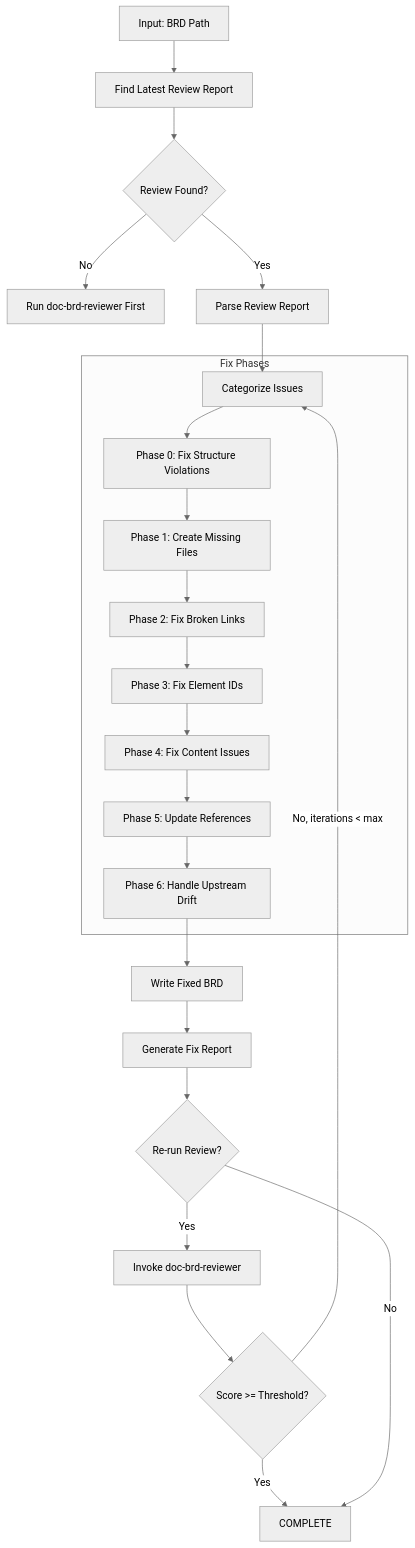
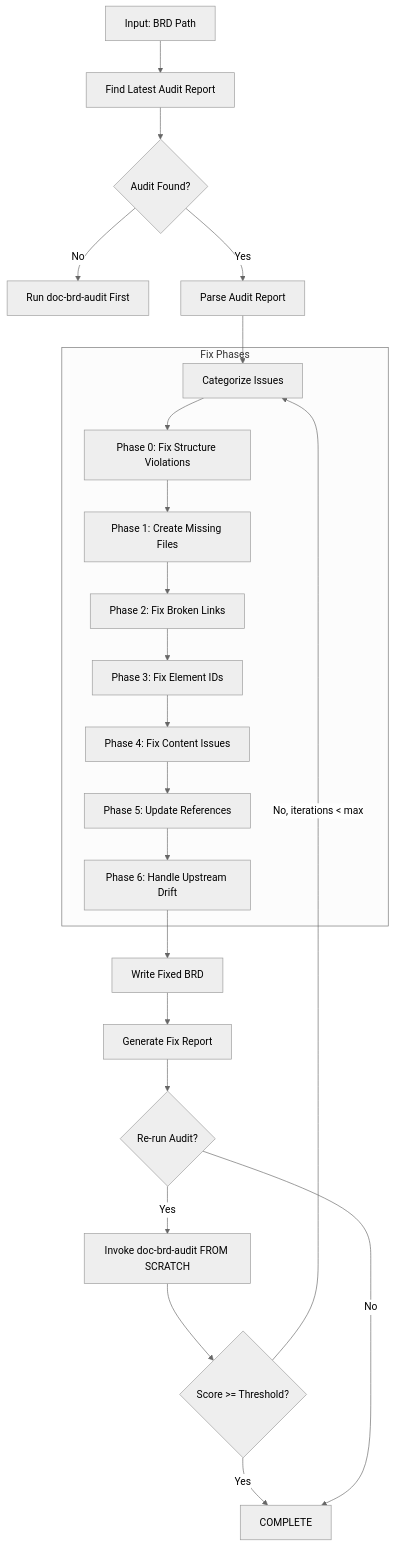
The first of 3 diagrams in .claude/skills/doc-brd-fixer/SKILL.md (vladm3105/aidoc-flow-framework), drawn with Mermaid (neutral theme) before and after one commit. The commit also changed other lines of this file and 139 other files, not shown here.

First line of the commit message:
feat: Add UXSPEC MVP Creation Rules, Schema, and Validation Documentation

````diff
--- a/.claude/skills/doc-brd-fixer/SKILL.md
+++ b/.claude/skills/doc-brd-fixer/SKILL.md
@@ -74,28 +81,28 @@
 ```mermaid
 flowchart TD
-    A[Input: BRD Path] --> B[Find Latest Review Report]
-    B --> C{Review Found?}
-    C -->|No| D[Run doc-brd-reviewer First]
-    C -->|Yes| E[Parse Review Report]
+    A[Input: BRD Path] --> B[Find Latest Audit Report]
+    B --> C{Audit Found?}
+    C -->|No| D[Run doc-brd-audit First]
+    C -->|Yes| E[Parse Audit Report]
 
     E --> F[Categorize Issues]
 
     subgraph FixPhases["Fix Phases"]
         F --> F0[Phase 0: Fix Structure Violations]
         F0 --> G[Phase 1: Create Missing Files]
         G --> H[Phase 2: Fix Broken Links]
         H --> I[Phase 3: Fix Element IDs]
         I --> J[Phase 4: Fix Content Issues]
         J --> K[Phase 5: Update References]
         K --> K2[Phase 6: Handle Upstream Drift]
     end
 
     K2 --> L[Write Fixed BRD]
     L --> M[Generate Fix Report]
-    M --> N{Re-run Review?}
-    N -->|Yes| O[Invoke doc-brd-reviewer]
+    M --> N{Re-run Audit?}
+    N -->|Yes| O[Invoke doc-brd-audit FROM SCRATCH]
     O --> P{Score >= Threshold?}
     P -->|No, iterations < max| F
     P -->|Yes| Q[COMPLETE]
     N -->|No| Q
 ```
````
